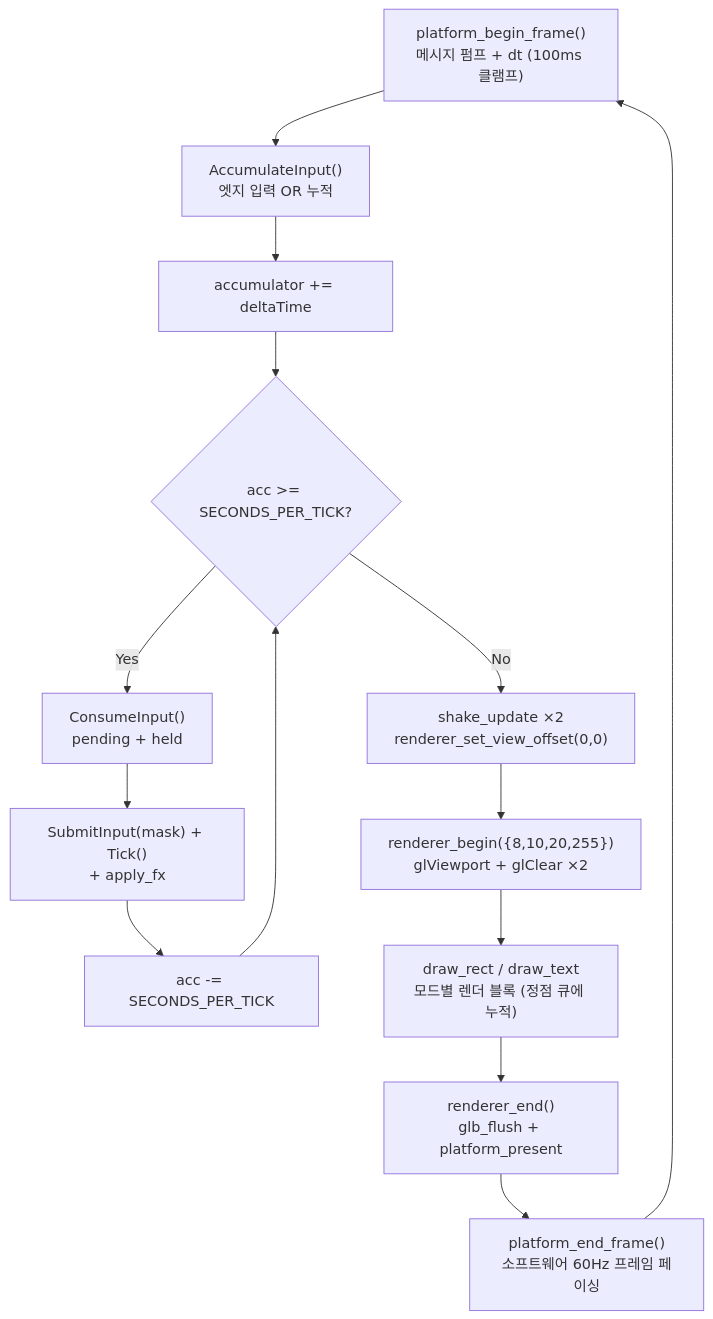
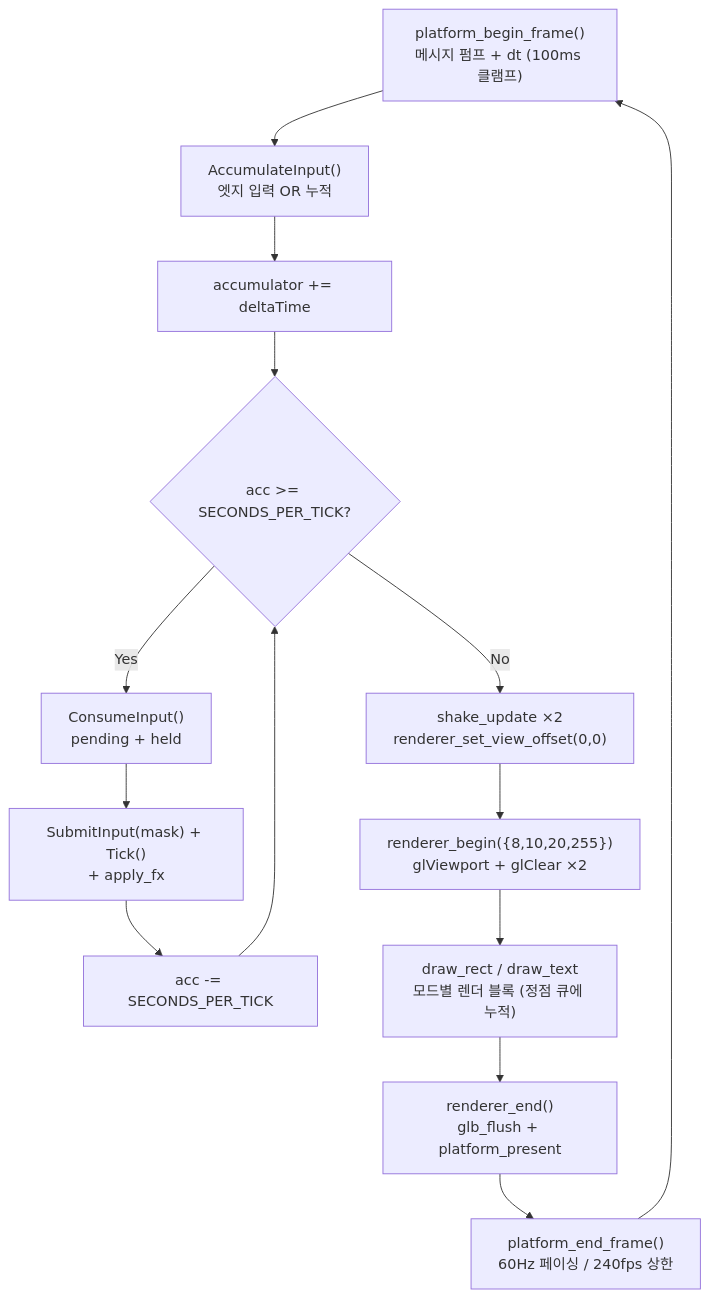
One commit to Rein-ArXiv/Tetris-Multiplayer-RL changed the eighth of 12 diagrams in docs/blog/part4-game-wrapper-and-loop.md. Above: the diagram before and after it, drawn with Mermaid. The commit also changed other lines of this file and 28 other files, not shown here.

````diff
--- a/docs/blog/part4-game-wrapper-and-loop.md
+++ b/docs/blog/part4-game-wrapper-and-loop.md
@@ -1012,16 +1075,16 @@
 ```mermaid
 flowchart TB
     A["platform_begin_frame()<br/>메시지 펌프 + dt (100ms 클램프)"] --> B["AccumulateInput()<br/>엣지 입력 OR 누적"]
     B --> C["accumulator += deltaTime"]
     C --> D{"acc >= SECONDS_PER_TICK?"}
     D -->|Yes| E["ConsumeInput()<br/>pending + held"]
     E --> F["SubmitInput(mask) + Tick()<br/>+ apply_fx"]
     F --> G["acc -= SECONDS_PER_TICK"]
     G --> D
     D -->|No| H["shake_update ×2<br/>renderer_set_view_offset(0,0)"]
     H --> I["renderer_begin({8,10,20,255})<br/>glViewport + glClear ×2"]
     I --> J["draw_rect / draw_text<br/>모드별 렌더 블록 (정점 큐에 누적)"]
     J --> K["renderer_end()<br/>glb_flush + platform_present"]
-    K --> L["platform_end_frame()<br/>소프트웨어 60Hz 프레임 페이싱"]
+    K --> L["platform_end_frame()<br/>60Hz 페이싱 / 240fps 상한"]
     L --> A
 ```
````
